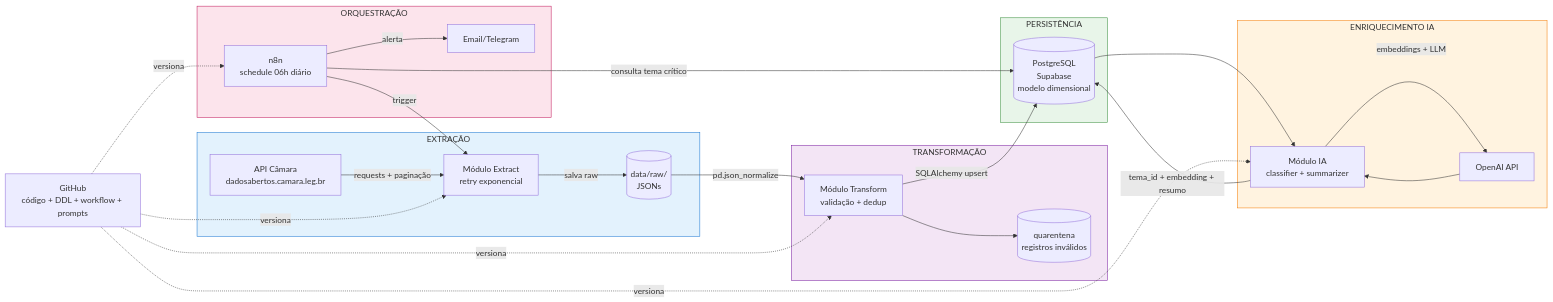
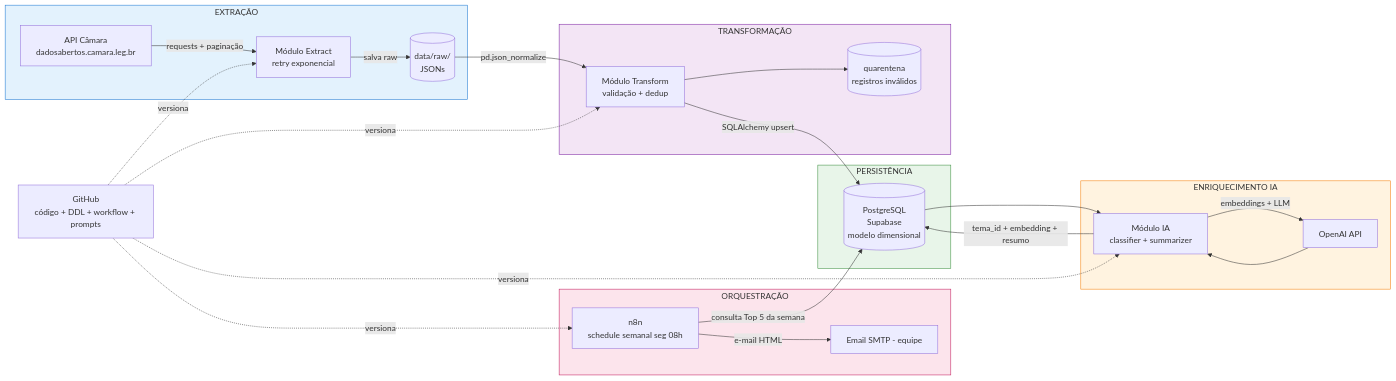
The first of 2 diagrams in docs/PRD.md (dglimads/bussola-publica), drawn with Mermaid before and after one commit. The commit also changed other lines of this file and 61 other files, not shown here.

````diff
--- a/docs/PRD.md
+++ b/docs/PRD.md
@@ -346,40 +348,39 @@
 ```mermaid
 flowchart LR
     subgraph EXT["EXTRAÇÃO"]
         A[API Câmara<br/>dadosabertos.camara.leg.br] -->|requests + paginação| B[Módulo Extract<br/>retry exponencial]
         B -->|salva raw| C[(data/raw/<br/>JSONs)]
     end
 
     subgraph TRF["TRANSFORMAÇÃO"]
         C -->|pd.json_normalize| D[Módulo Transform<br/>validação + dedup]
         D --> Q[(quarentena<br/>registros inválidos)]
     end
 
     subgraph PER["PERSISTÊNCIA"]
         D -->|SQLAlchemy upsert| F[(PostgreSQL<br/>Supabase<br/>modelo dimensional)]
     end
 
     subgraph IA["ENRIQUECIMENTO IA"]
         F --> G[Módulo IA<br/>classifier + summarizer]
         G -->|embeddings + LLM| H[OpenAI API]
         H --> G
         G -->|tema_id + embedding + resumo| F
     end
 
     subgraph ORC["ORQUESTRAÇÃO"]
-        I[n8n<br/>schedule 06h diário] -->|trigger| B
-        I -->|consulta tema crítico| F
-        I -->|alerta| J[Email/Telegram]
+        I[n8n<br/>schedule semanal seg 08h] -->|consulta Top 5 da semana| F
+        I -->|e-mail HTML| J[Email SMTP - equipe]
     end
 
     K[GitHub<br/>código + DDL + workflow + prompts] -.->|versiona| B
     K -.->|versiona| D
     K -.->|versiona| G
     K -.->|versiona| I
 
     style EXT fill:#e3f2fd,stroke:#1976d2
     style TRF fill:#f3e5f5,stroke:#7b1fa2
     style PER fill:#e8f5e9,stroke:#388e3c
     style IA fill:#fff3e0,stroke:#f57c00
     style ORC fill:#fce4ec,stroke:#c2185b
 ```
````
